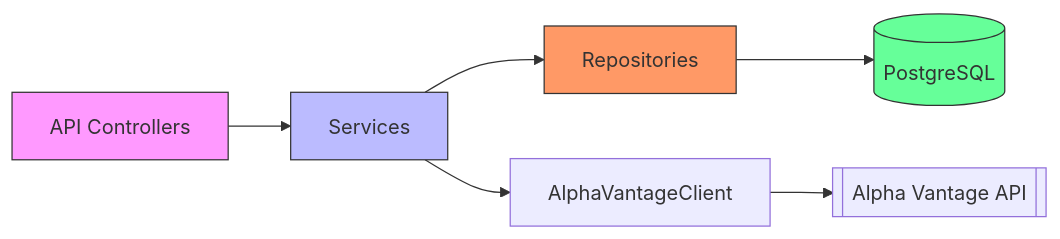
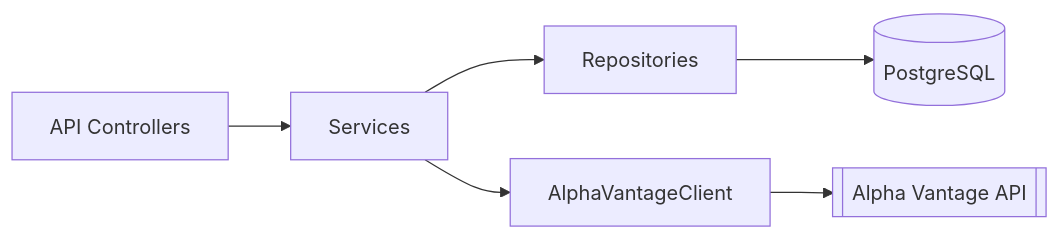
Before and after one commit to sstefanov19/tradingSimulator: the diagram in README.md, drawn with Mermaid.

````diff
--- a/README.md
+++ b/README.md
@@ -94,13 +94,8 @@
 ```mermaid
 graph LR
     A[API Controllers] --> B[Services]
     B --> C[Repositories]
     C --> D[(PostgreSQL)]
     B --> E[AlphaVantageClient]
     E --> F[[Alpha Vantage API]]
-    
-    style A fill:#f9f,stroke:#333
-    style B fill:#bbf,stroke:#333
-    style C fill:#f96,stroke:#333
-    style D fill:#6f9,stroke:#333
 ```
````
